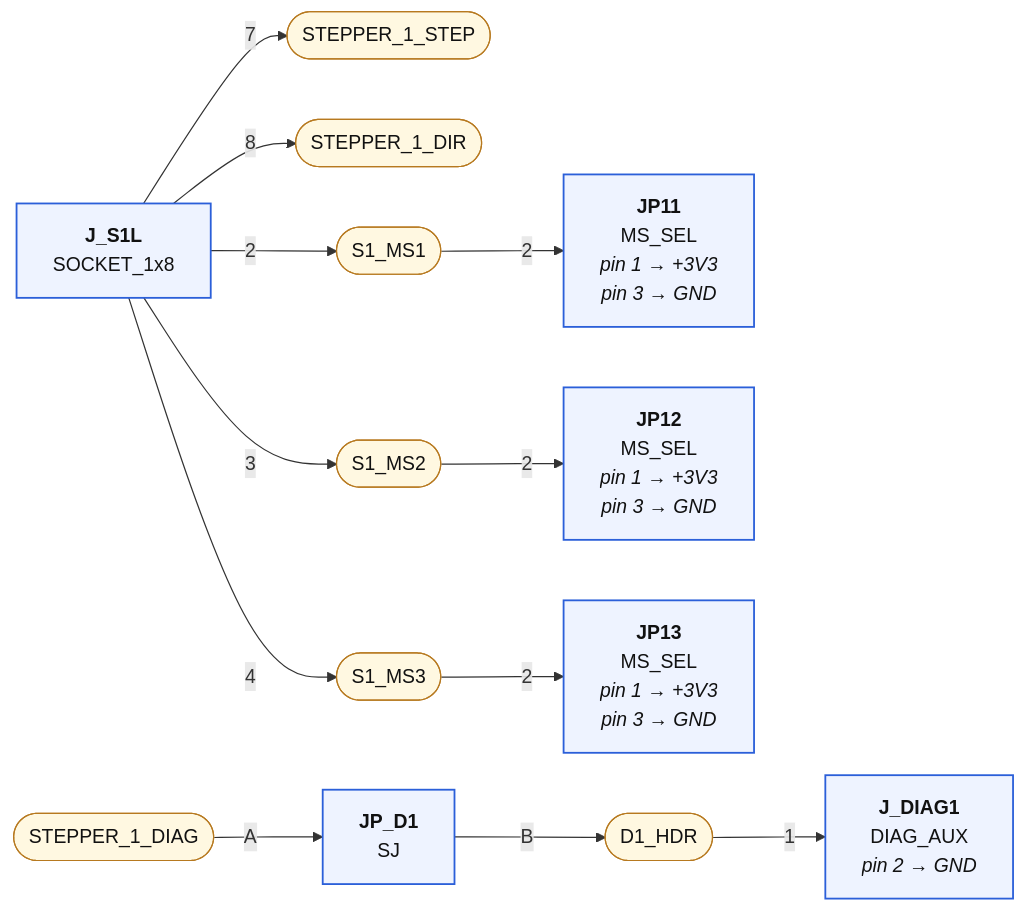
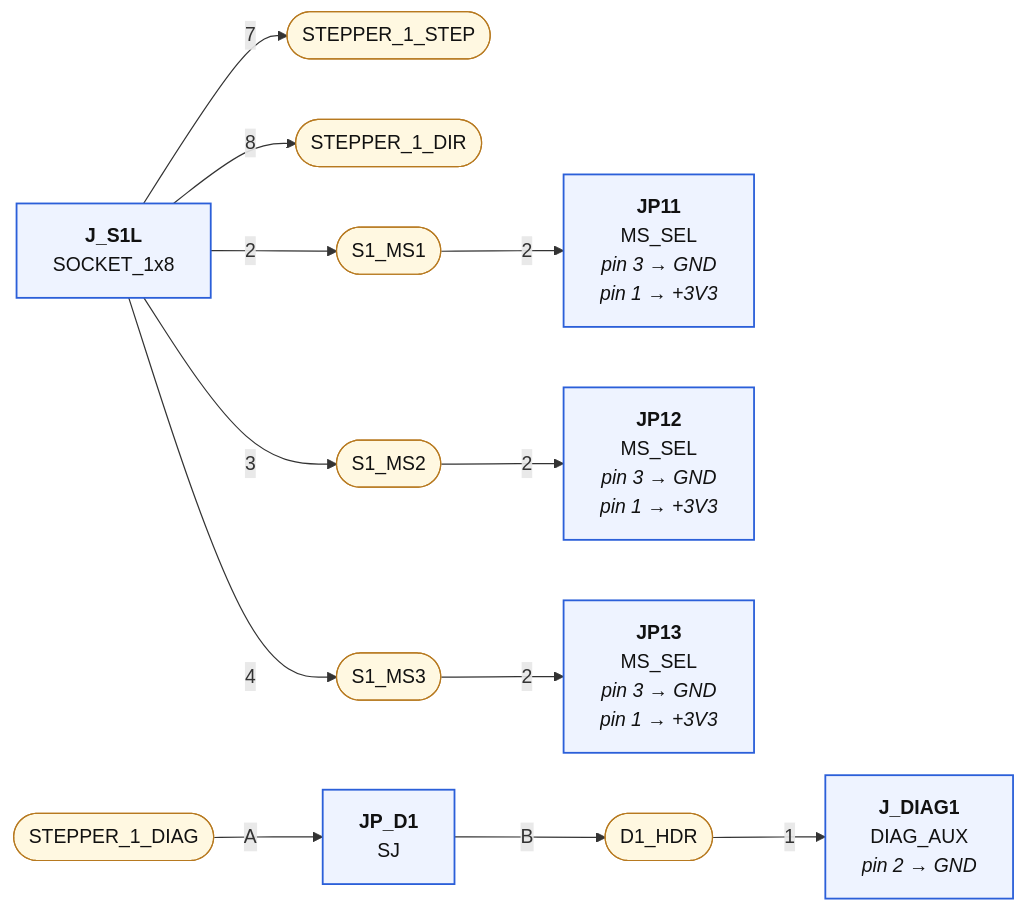
Before and after one commit to mrwillson2u/propmesh: the first of 5 diagrams in hardware/pro/sheets/06-motors.diagram.md, drawn with Mermaid. The commit also changed other lines of this file and 44 other files, not shown here.

````diff
--- a/hardware/pro/sheets/06-motors.diagram.md
+++ b/hardware/pro/sheets/06-motors.diagram.md
@@ -7,34 +7,34 @@
 ```mermaid
 graph LR
   classDef part fill:#eef3ff,stroke:#2b5fd9,stroke-width:1.5px,color:#111
   classDef net fill:#fff8e1,stroke:#b7791f,color:#111
   classDef rail fill:#ffe0b2,stroke:#e65100,stroke-width:3px,color:#111,font-weight:bold
   classDef badnet fill:#ffe0e0,stroke:#c00,stroke-width:3px,color:#111,font-weight:bold
   classDef absent fill:#fff,stroke:#c00,stroke-width:2px,stroke-dasharray:6 4,color:#c00
   classDef extra fill:#ffecec,stroke:#c00,stroke-width:2px,color:#111
   classDef dnp fill:#f5f5f5,stroke:#999,stroke-dasharray:3 3,color:#666
   N_STEPPER_1_STEP(["STEPPER_1_STEP"]):::net
   P_J_S1L["<b>J_S1L</b><br/>SOCKET_1x8"]:::part
   P_J_S1L --"7"--> N_STEPPER_1_STEP
   N_STEPPER_1_DIR(["STEPPER_1_DIR"]):::net
   P_J_S1L --"8"--> N_STEPPER_1_DIR
   N_S1_MS1(["S1_MS1"]):::net
   P_J_S1L --"2"--> N_S1_MS1
-  P_JP11["<b>JP11</b><br/>MS_SEL<br/><i>pin 1 → +3V3</i><br/><i>pin 3 → GND</i>"]:::part
+  P_JP11["<b>JP11</b><br/>MS_SEL<br/><i>pin 3 → GND</i><br/><i>pin 1 → +3V3</i>"]:::part
   N_S1_MS1 --"2"--> P_JP11
   N_S1_MS2(["S1_MS2"]):::net
   P_J_S1L --"3"--> N_S1_MS2
-  P_JP12["<b>JP12</b><br/>MS_SEL<br/><i>pin 1 → +3V3</i><br/><i>pin 3 → GND</i>"]:::part
+  P_JP12["<b>JP12</b><br/>MS_SEL<br/><i>pin 3 → GND</i><br/><i>pin 1 → +3V3</i>"]:::part
   N_S1_MS2 --"2"--> P_JP12
   N_S1_MS3(["S1_MS3"]):::net
   P_J_S1L --"4"--> N_S1_MS3
-  P_JP13["<b>JP13</b><br/>MS_SEL<br/><i>pin 1 → +3V3</i><br/><i>pin 3 → GND</i>"]:::part
+  P_JP13["<b>JP13</b><br/>MS_SEL<br/><i>pin 3 → GND</i><br/><i>pin 1 → +3V3</i>"]:::part
   N_S1_MS3 --"2"--> P_JP13
   N_STEPPER_1_DIAG(["STEPPER_1_DIAG"]):::net
   P_JP_D1["<b>JP_D1</b><br/>SJ"]:::part
   N_STEPPER_1_DIAG --"A"--> P_JP_D1
   N_D1_HDR(["D1_HDR"]):::net
   P_JP_D1 --"B"--> N_D1_HDR
   P_J_DIAG1["<b>J_DIAG1</b><br/>DIAG_AUX<br/><i>pin 2 → GND</i>"]:::part
   N_D1_HDR --"1"--> P_J_DIAG1
 ```
````
